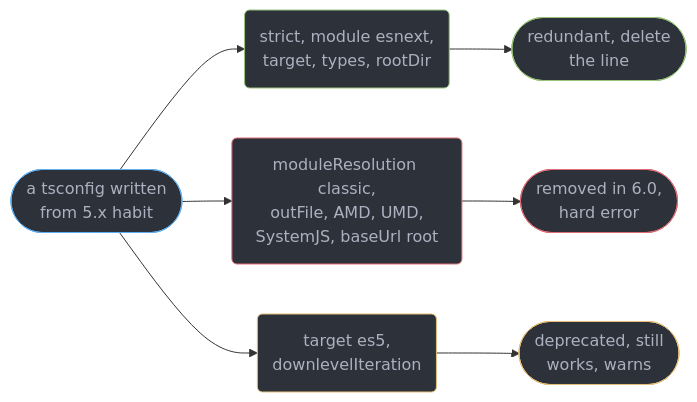
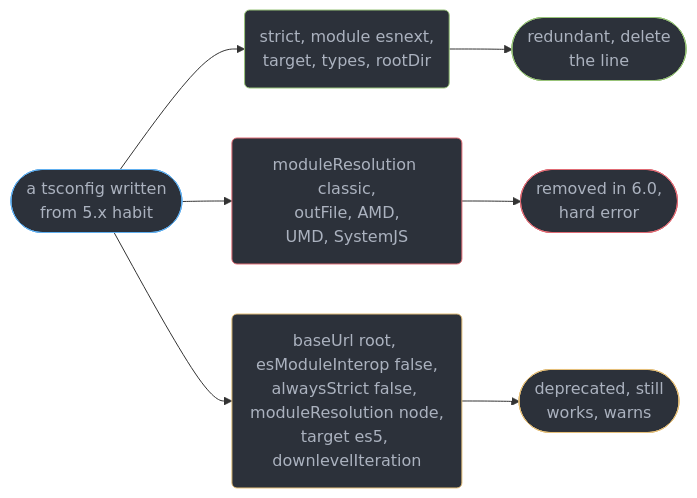
Before and after one commit to rppol/system-design: the sixth of 6 diagrams in src/main/java/com/rutik/systemdesign/typescript/typescript_fundamentals_and_tsconfig/typescript_fundamentals_and_tsconfig.md, drawn with Mermaid. The commit also changed other lines of this file and 9 other files, not shown here.

````diff
--- a/src/main/java/com/rutik/systemdesign/typescript/typescript_fundamentals_and_tsconfig/typescript_fundamentals_and_tsconfig.md
+++ b/src/main/java/com/rutik/systemdesign/typescript/typescript_fundamentals_and_tsconfig/typescript_fundamentals_and_tsconfig.md
@@ -285,21 +285,21 @@
 ```mermaid
 flowchart LR
     classDef src  fill:#2c313a,stroke:#61afef,color:#abb2bf
     classDef ok   fill:#2c313a,stroke:#98c379,color:#abb2bf
     classDef bad  fill:#2c313a,stroke:#e06c75,color:#abb2bf
     classDef note fill:#2c313a,stroke:#e5c07b,color:#abb2bf
     old(["a tsconfig written<br/>from 5.x habit"])
     red("strict, module esnext,<br/>target, types, rootDir")
-    dead("moduleResolution classic,<br/>outFile, AMD, UMD,<br/>SystemJS, baseUrl root")
-    soft("target es5,<br/>downlevelIteration")
+    dead("moduleResolution classic,<br/>outFile, AMD,<br/>UMD, SystemJS")
+    soft("baseUrl root, esModuleInterop false,<br/>alwaysStrict false, moduleResolution node,<br/>target es5, downlevelIteration")
     r1(["redundant, delete<br/>the line"])
     r2(["removed in 6.0,<br/>hard error"])
     r3(["deprecated, still<br/>works, warns"])
     old --> red --> r1
     old --> dead --> r2
     old --> soft --> r3
     class old src
     class red,r1 ok
     class dead,r2 bad
     class soft,r3 note
 ```
````
